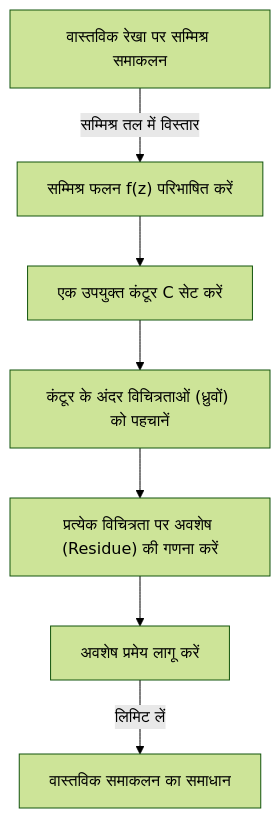
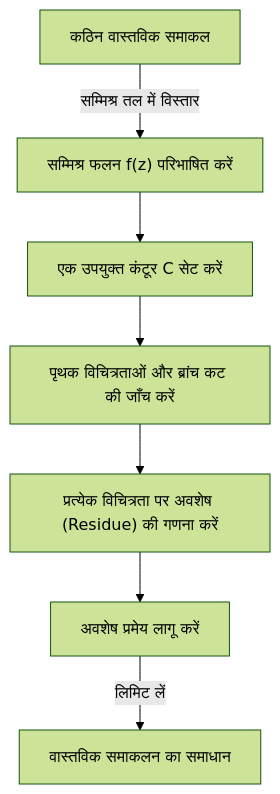
One commit to kenjinote/blog changed the first of 3 diagrams in content/post/residue-theorem/index.hi.md. Above: the diagram before and after it, drawn with Mermaid (forest theme). The commit also changed other lines of this file and 7 other files, not shown here.

````diff
--- a/content/post/residue-theorem/index.hi.md
+++ b/content/post/residue-theorem/index.hi.md
@@ -33,9 +34,9 @@
 ```mermaid
 flowchart TD
-    A["वास्तविक रेखा पर सम्मिश्र समाकलन"] -->|"सम्मिश्र तल में विस्तार"| B["सम्मिश्र फलन f(z) परिभाषित करें"]
+    A["कठिन वास्तविक समाकल"] -->|"सम्मिश्र तल में विस्तार"| B["सम्मिश्र फलन f(z) परिभाषित करें"]
     B --> C["एक उपयुक्त कंटूर C सेट करें"]
-    C --> D["कंटूर के अंदर विचित्रताओं (ध्रुवों) को पहचानें"]
+    C --> D["पृथक विचित्रताओं और ब्रांच कट की जाँच करें"]
     D --> E["प्रत्येक विचित्रता पर अवशेष (Residue) की गणना करें"]
     E --> F["अवशेष प्रमेय लागू करें"]
     F -->|"लिमिट लें"| G["वास्तविक समाकलन का समाधान"]
 ```
````
